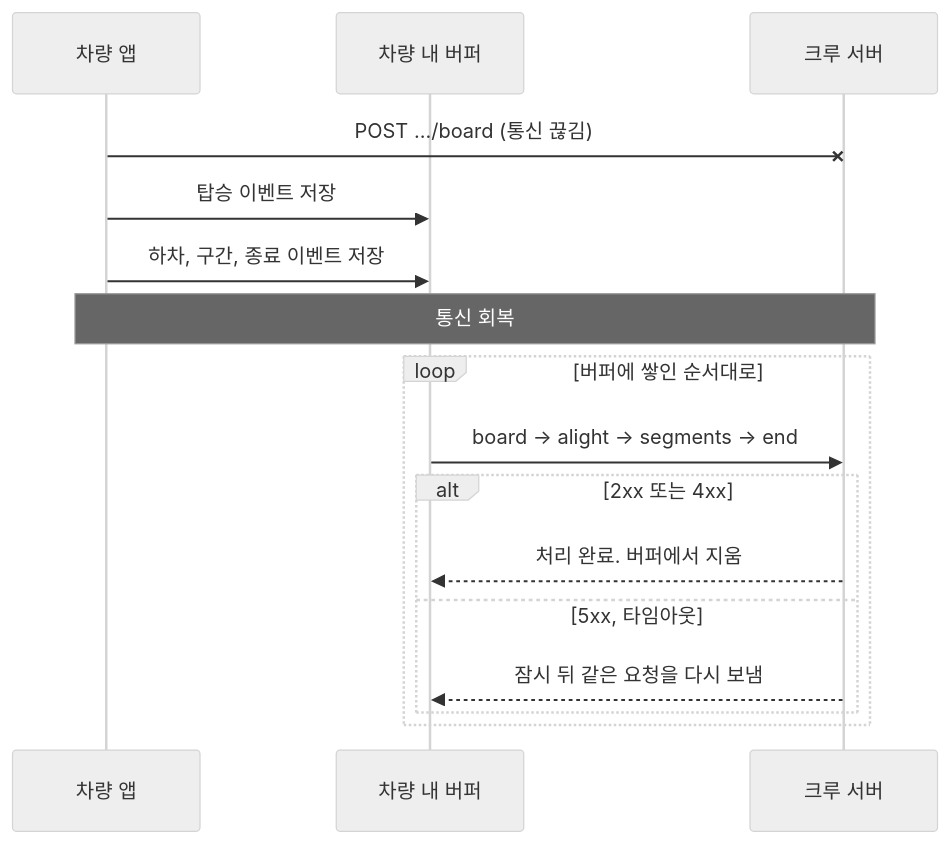
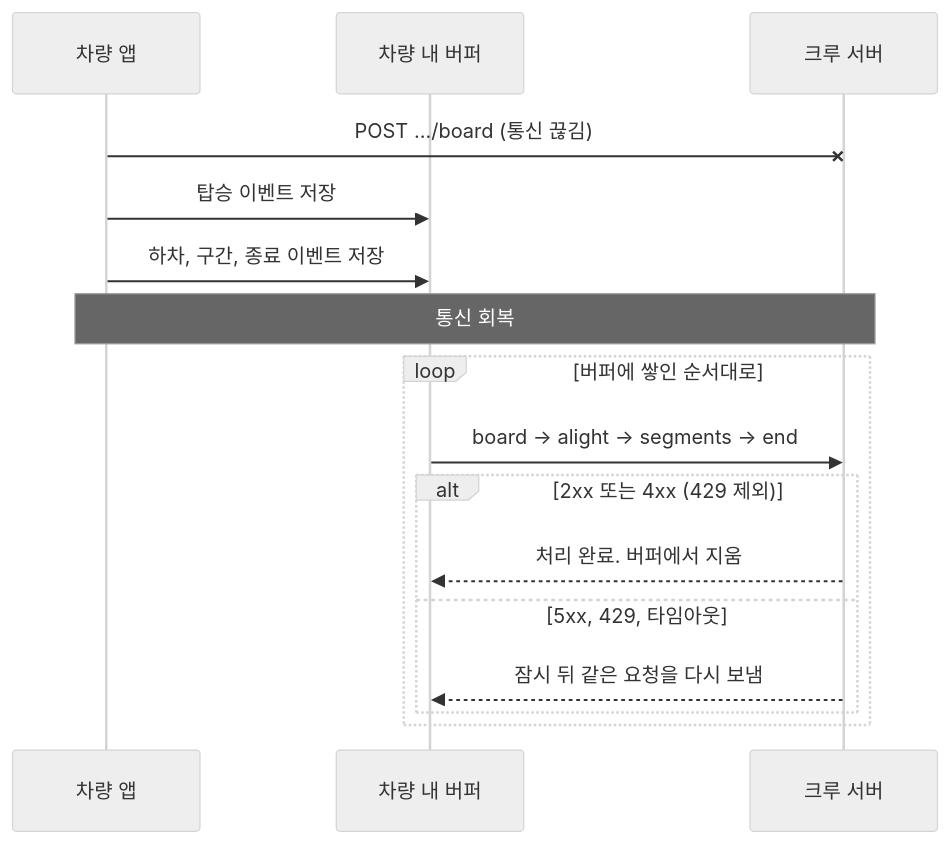
One commit to hyundai-full-accel/paircar-server changed the seventh of 8 diagrams in docs/sequences.md. Above: the diagram before and after it, drawn with Mermaid (neutral theme). The commit also changed other lines of this file and 7 other files, not shown here.

````diff
--- a/docs/sequences.md
+++ b/docs/sequences.md
@@ -225,19 +225,19 @@
 ```mermaid
 sequenceDiagram
     participant C as 차량 앱
     participant B as 차량 내 버퍼
     participant S as 크루 서버
 
     C-xS: POST .../board (통신 끊김)
     C->>B: 탑승 이벤트 저장
     C->>B: 하차, 구간, 종료 이벤트 저장
     Note over C,S: 통신 회복
     loop 버퍼에 쌓인 순서대로
         B->>S: board → alight → segments → end
-        alt 2xx 또는 4xx
+        alt 2xx 또는 4xx (429 제외)
             S-->>B: 처리 완료. 버퍼에서 지움
-        else 5xx, 타임아웃
+        else 5xx, 429, 타임아웃
             S-->>B: 잠시 뒤 같은 요청을 다시 보냄
         end
     end
 ```
````
